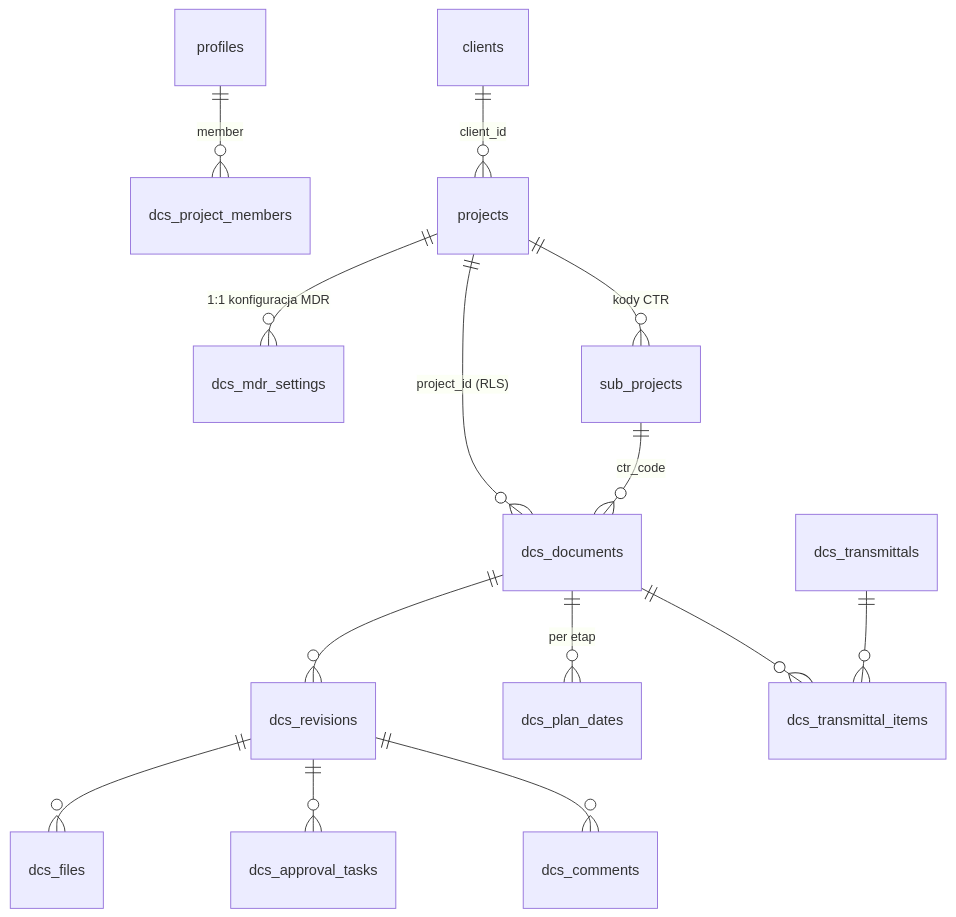
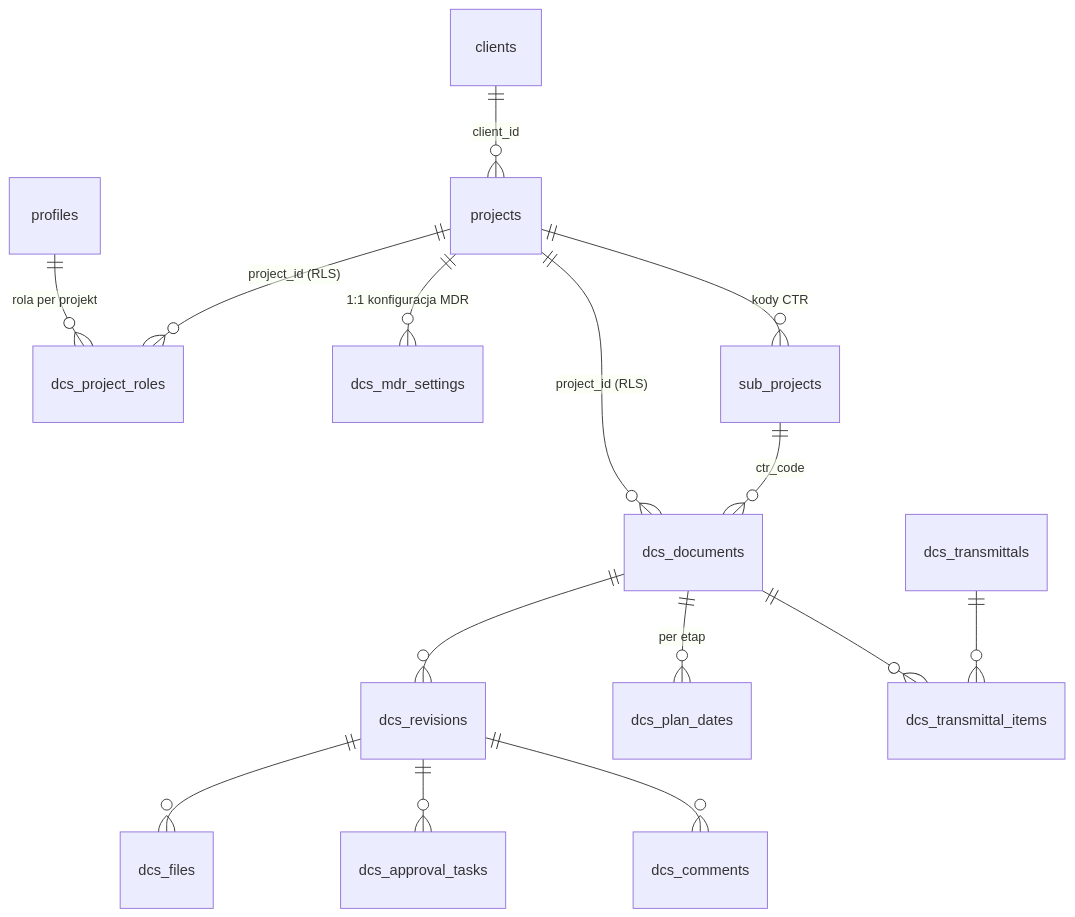
Before and after one commit to tj0517/Seaclouds_management_system: the diagram in docs/02-data-model.md, drawn with Mermaid. The commit also changed other lines of this file and 8 other files, not shown here.

First line of the commit message:
feat: dcs.project_roles + enum dcs.project_role, RLS, server actions (DCS 1a.06)

````diff
--- a/docs/02-data-model.md
+++ b/docs/02-data-model.md
@@ -14,16 +14,17 @@
 ```mermaid
 erDiagram
-    profiles ||--o{ dcs_project_members : "member"
+    profiles ||--o{ dcs_project_roles : "rola per projekt"
+    projects ||--o{ dcs_project_roles : "project_id (RLS)"
     projects ||--o{ dcs_mdr_settings : "1:1 konfiguracja MDR"
     projects ||--o{ dcs_documents : "project_id (RLS)"
     projects ||--o{ sub_projects : "kody CTR"
     clients  ||--o{ projects : "client_id"
     sub_projects ||--o{ dcs_documents : "ctr_code"
     dcs_documents ||--o{ dcs_revisions : ""
     dcs_documents ||--o{ dcs_plan_dates : "per etap"
     dcs_revisions ||--o{ dcs_files : ""
     dcs_revisions ||--o{ dcs_approval_tasks : ""
     dcs_revisions ||--o{ dcs_comments : ""
     dcs_documents ||--o{ dcs_transmittal_items : ""
     dcs_transmittals ||--o{ dcs_transmittal_items : ""
 ```
````
